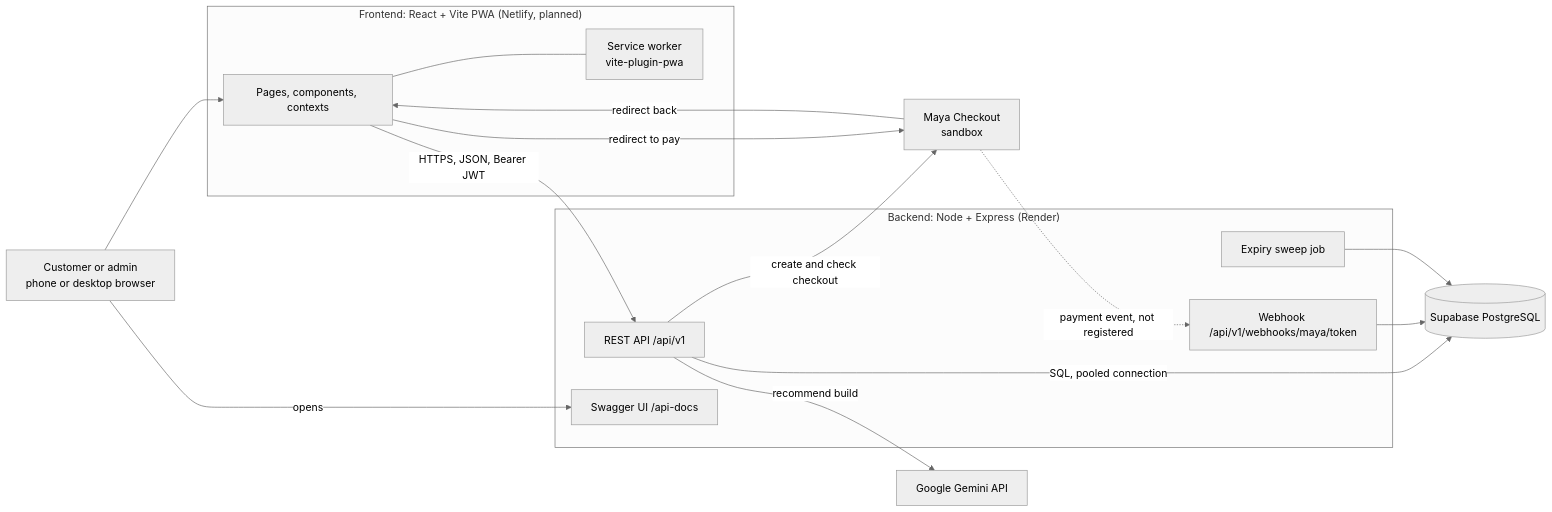
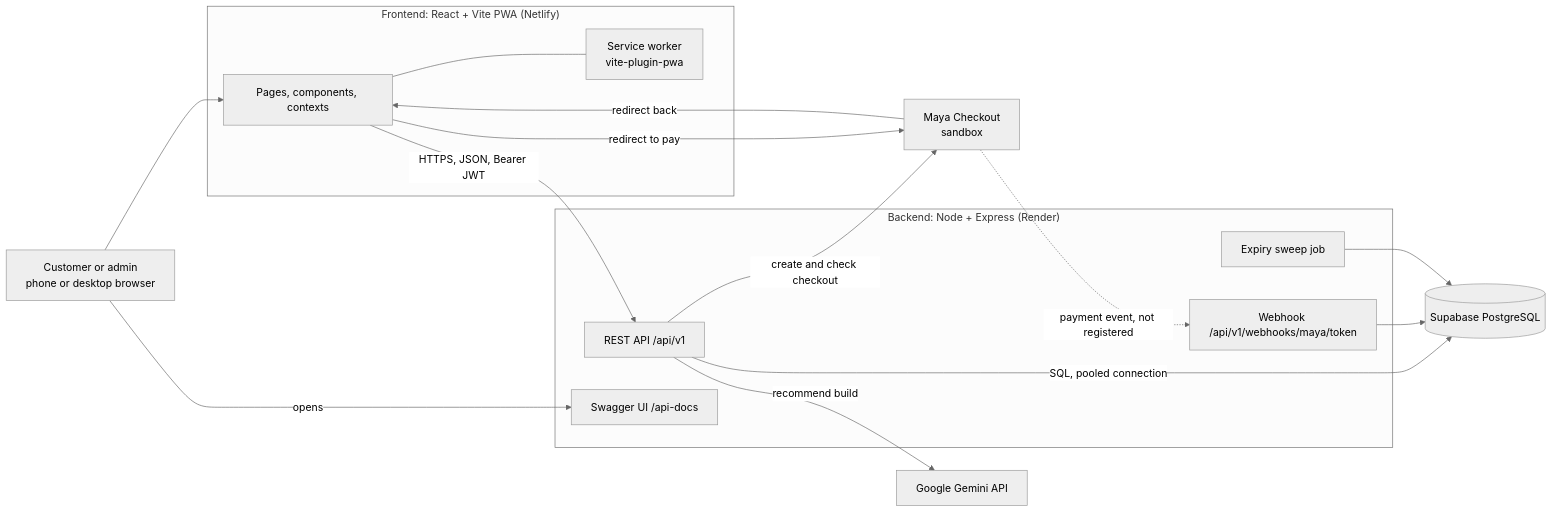
One commit to angeloalindayo151306-blip/pc-parts-store changed the first of 2 diagrams in docs/architecture.md. Above: the diagram before and after it, drawn with Mermaid (neutral theme). The commit also changed other lines of this file and 3 other files, not shown here.

Commit message:
docs: record live Netlify payment, frontend deployed

````diff
--- a/docs/architecture.md
+++ b/docs/architecture.md
@@ -7,33 +7,33 @@
 ```mermaid
 flowchart LR
     user["Customer or admin<br/>phone or desktop browser"]
 
-    subgraph front["Frontend: React + Vite PWA (Netlify, planned)"]
+    subgraph front["Frontend: React + Vite PWA (Netlify)"]
         ui["Pages, components, contexts"]
         sw["Service worker<br/>vite-plugin-pwa"]
     end
 
     subgraph back["Backend: Node + Express (Render)"]
         api["REST API /api/v1"]
         docs["Swagger UI /api-docs"]
         hook["Webhook /api/v1/webhooks/maya/token"]
         job["Expiry sweep job"]
     end
 
     db[("Supabase PostgreSQL")]
     maya["Maya Checkout<br/>sandbox"]
     gemini["Google Gemini API"]
 
     user --> ui
     ui --- sw
     ui -->|"HTTPS, JSON, Bearer JWT"| api
     user -->|"opens"| docs
     api -->|"SQL, pooled connection"| db
     api -->|"create and check checkout"| maya
     api -->|"recommend build"| gemini
     maya -.->|"payment event, not registered"| hook
     hook --> db
     job --> db
     ui -->|"redirect to pay"| maya
     maya -->|"redirect back"| ui
 ```
````
